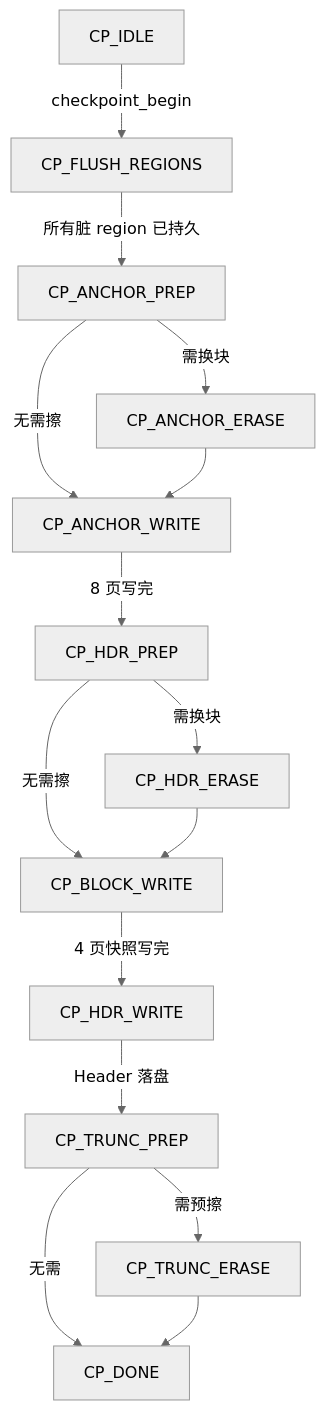
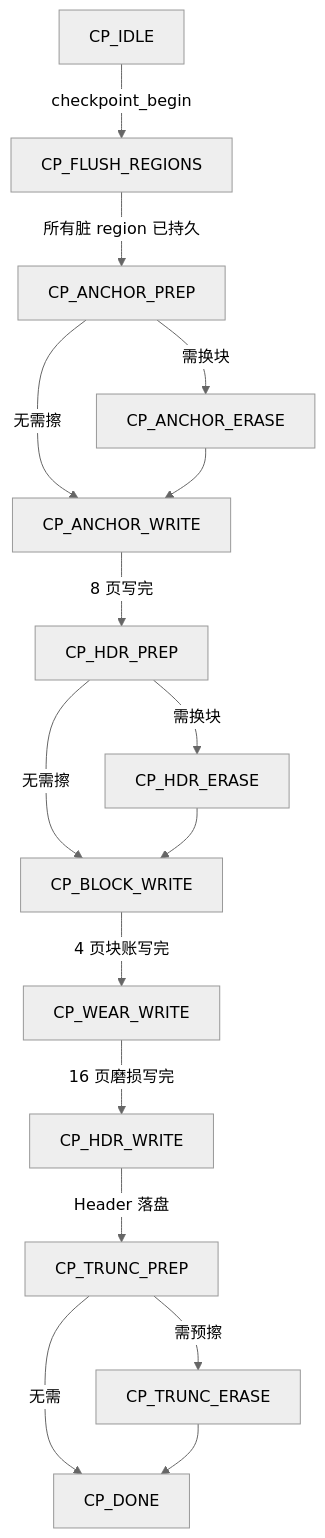
One commit to YzYMIAO/BASESSD changed diagram 16 of 32 in docs/design/ftl_design.md. Above: the diagram before and after it, drawn with Mermaid (neutral theme). The commit also changed other lines of this file and 1 other file, not shown here.

````diff
--- a/docs/design/ftl_design.md
+++ b/docs/design/ftl_design.md
@@ -2287,29 +2287,31 @@
 ```mermaid
 flowchart TD
     IDLE["CP_IDLE"]
     FLUSH["CP_FLUSH_REGIONS"]
     APREP["CP_ANCHOR_PREP"]
     AERASE["CP_ANCHOR_ERASE"]
     AWRITE["CP_ANCHOR_WRITE"]
     HPREP["CP_HDR_PREP"]
     HERASE["CP_HDR_ERASE"]
     BWRITE["CP_BLOCK_WRITE"]
+    WWRITE["CP_WEAR_WRITE"]
     HWRITE["CP_HDR_WRITE"]
     TPREP["CP_TRUNC_PREP"]
     TERASE["CP_TRUNC_ERASE"]
     DONE["CP_DONE"]
     IDLE -- "checkpoint_begin" --> FLUSH
     FLUSH -- "所有脏 region 已持久" --> APREP
     APREP -- "需换块" --> AERASE
     APREP -- "无需擦" --> AWRITE
     AERASE --> AWRITE
     AWRITE -- "8 页写完" --> HPREP
     HPREP -- "需换块" --> HERASE
     HPREP -- "无需擦" --> BWRITE
     HERASE --> BWRITE
-    BWRITE -- "4 页快照写完" --> HWRITE
+    BWRITE -- "4 页块账写完" --> WWRITE
+    WWRITE -- "16 页磨损写完" --> HWRITE
     HWRITE -- "Header 落盘" --> TPREP
     TPREP -- "需预擦" --> TERASE
     TPREP -- "无需" --> DONE
     TERASE --> DONE
 ```
````
